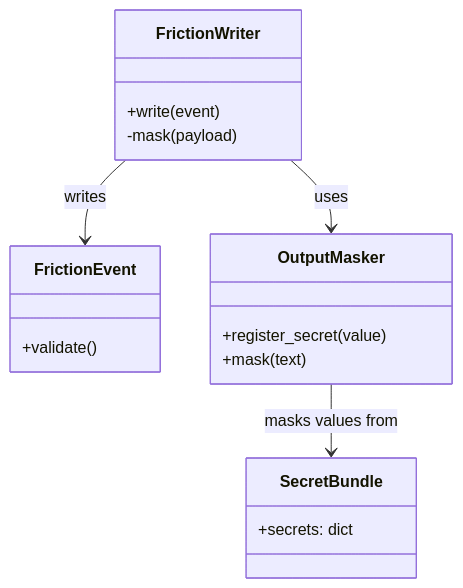
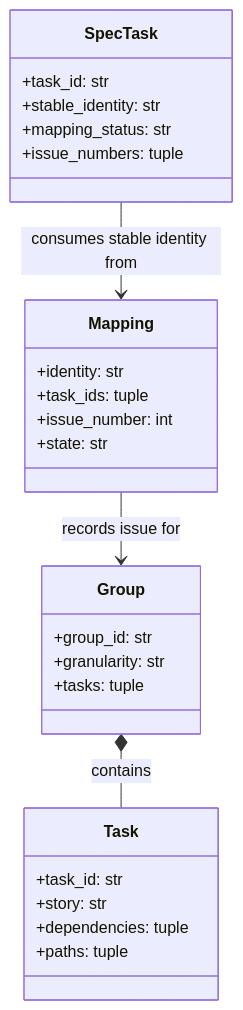
The diagram in docs/architecture/c4-l4-security-runtime.mmd (cooneycw/codex-power-pack), drawn with Mermaid before and after one commit. The commit also changed 95 other files, not shown here.

```diff
--- a/docs/architecture/c4-l4-security-runtime.mmd
+++ b/docs/architecture/c4-l4-security-runtime.mmd
@@ -1,18 +1,27 @@
 classDiagram
-  class FrictionWriter {
-    +write(event)
-    -mask(payload)
+  class Task {
+    +task_id: str
+    +story: str
+    +dependencies: tuple
+    +paths: tuple
   }
-  class FrictionEvent {
-    +validate()
+  class Group {
+    +group_id: str
+    +granularity: str
+    +tasks: tuple
   }
-  class OutputMasker {
-    +register_secret(value)
-    +mask(text)
+  class Mapping {
+    +identity: str
+    +task_ids: tuple
+    +issue_number: int
+    +state: str
   }
-  class SecretBundle {
-    +secrets: dict
+  class SpecTask {
+    +task_id: str
+    +stable_identity: str
+    +mapping_status: str
+    +issue_numbers: tuple
   }
-  FrictionWriter --> FrictionEvent : writes
-  FrictionWriter --> OutputMasker : uses
-  OutputMasker --> SecretBundle : masks values from
+  Group *-- Task : contains
+  Mapping --> Group : records issue for
+  SpecTask --> Mapping : consumes stable identity from
```
